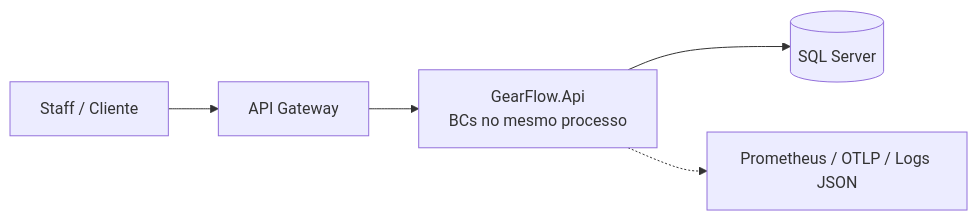
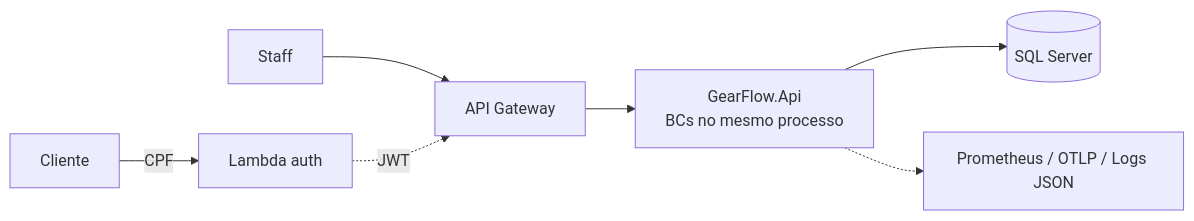
One commit to Gearflow-Fiap/gearflow-app changed the diagram in README.md. Above: the diagram before and after it, drawn with Mermaid. The commit also changed other lines of this file and 9 other files, not shown here.

````diff
--- a/README.md
+++ b/README.md
@@ -29,7 +30,9 @@
 ```mermaid
 flowchart LR
-    U[Staff / Cliente] --> GW[API Gateway]
+    U[Staff] --> GW[API Gateway]
+    C[Cliente] -->|CPF| L[Lambda auth]
+    L -.JWT.-> GW
     GW --> API[GearFlow.Api<br/>BCs no mesmo processo]
     API --> DB[(SQL Server)]
     API -.-> OTEL[Prometheus / OTLP / Logs JSON]
 ```
````
